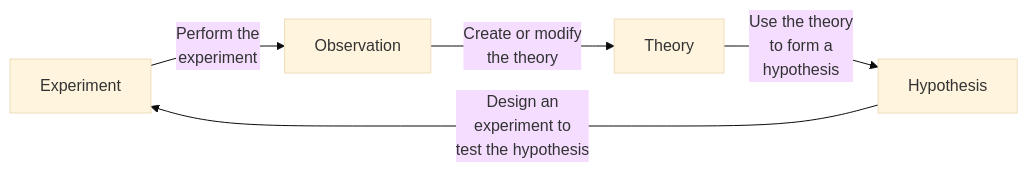
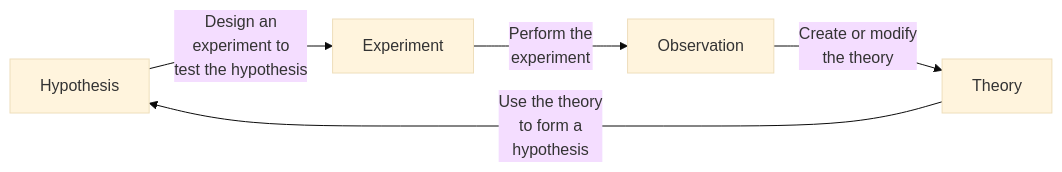
One commit to setms/book changed the first of 2 diagrams in docs/introduction/engineering.md. Above: the diagram before and after it, drawn with Mermaid (base theme). The commit also changed other lines of this file and 3 other files, not shown here.

````diff
--- a/docs/introduction/engineering.md
+++ b/docs/introduction/engineering.md
@@ -44,7 +44,7 @@
 ```mermaid
 flowchart LR
+  Hypothesis --Design an\nexperiment to\ntest the hypothesis--> Experiment
   Experiment --Perform the\nexperiment--> Observation
   Observation --Create or modify\nthe theory--> Theory
   Theory --Use the theory\nto form a\nhypothesis--> Hypothesis
-  Hypothesis --Design an\nexperiment to\ntest the hypothesis--> Experiment
 ```
````
